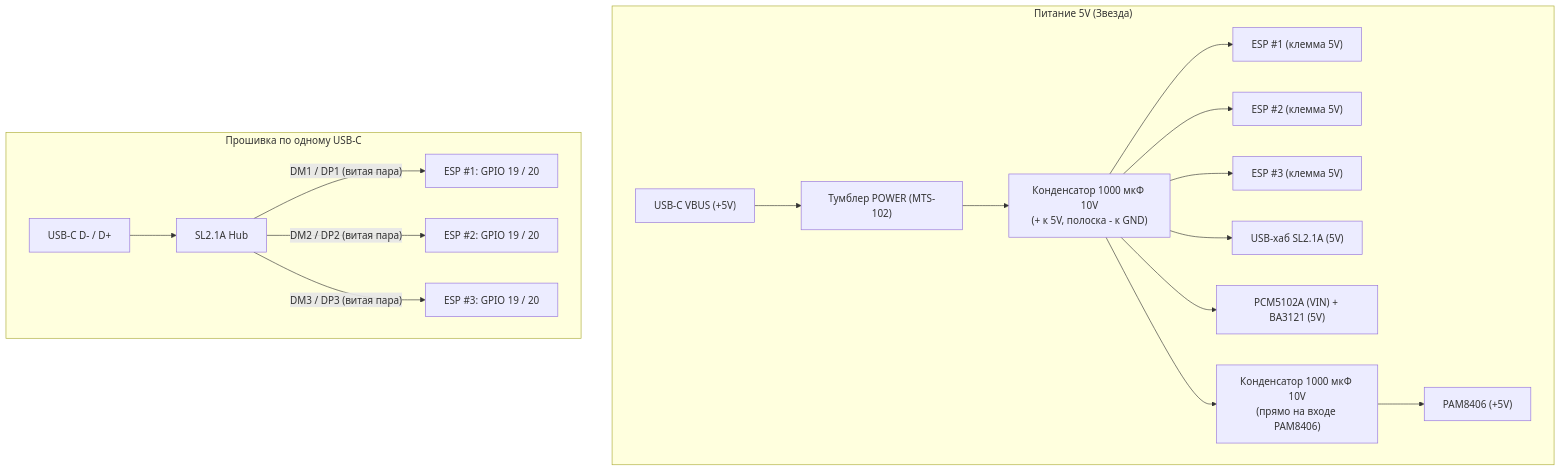
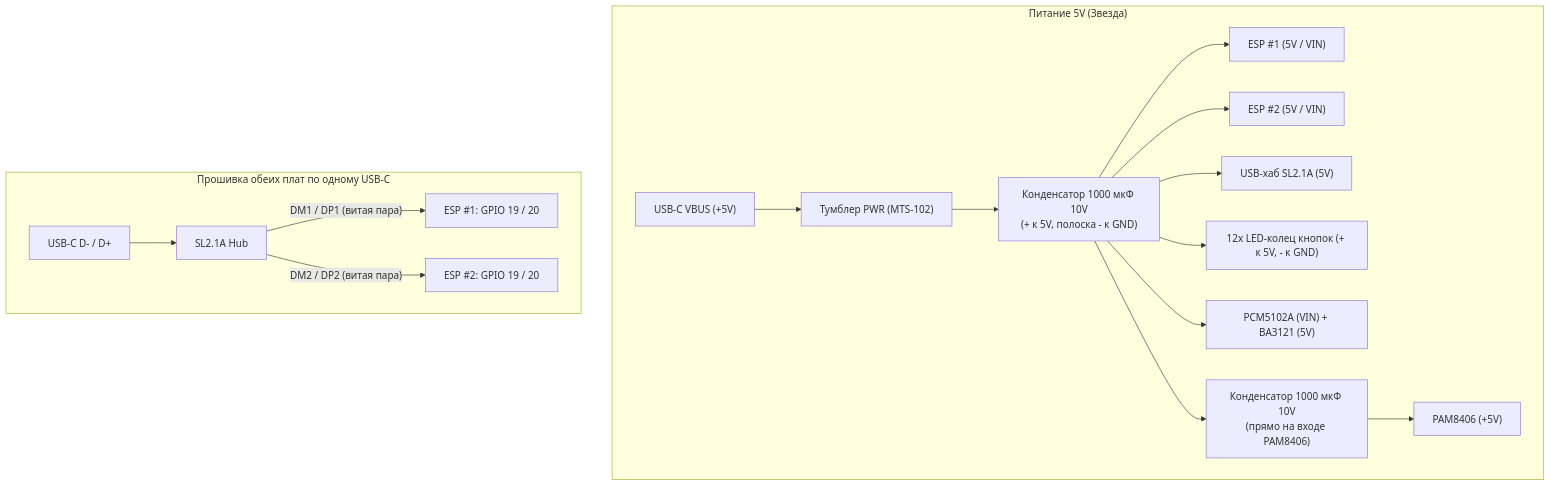
Before and after one commit to onceuponoleg/CyberDeckSynth: the first of 3 diagrams in docs/WIRING_AND_PINOUT.md, drawn with Mermaid. The commit also changed other lines of this file, not shown here.

````diff
--- a/docs/WIRING_AND_PINOUT.md
+++ b/docs/WIRING_AND_PINOUT.md
@@ -49,20 +62,19 @@
 ```mermaid
 flowchart TB
     subgraph POWER["Питание 5V (Звезда)"]
-        USBC_V["USB-C VBUS (+5V)"] --> SW_P["Тумблер POWER (MTS-102)"]
+        USBC_V["USB-C VBUS (+5V)"] --> SW_P["Тумблер PWR (MTS-102)"]
         SW_P --> C1["Конденсатор 1000 мкФ 10V<br/>(+ к 5V, полоска - к GND)"]
-        C1 --> P_E1["ESP #1 (клемма 5V)"]
-        C1 --> P_E2["ESP #2 (клемма 5V)"]
-        C1 --> P_E3["ESP #3 (клемма 5V)"]
+        C1 --> P_E1["ESP #1 (5V / VIN)"]
+        C1 --> P_E2["ESP #2 (5V / VIN)"]
         C1 --> P_HUB["USB-хаб SL2.1A (5V)"]
+        C1 --> P_LEDS["12x LED-колец кнопок (+ к 5V, - к GND)"]
         C1 --> P_DAC["PCM5102A (VIN) + BA3121 (5V)"]
         C1 --> C2["Конденсатор 1000 мкФ 10V<br/>(прямо на входе PAM8406)"] --> P_AMP["PAM8406 (+5V)"]
     end
 
-    subgraph USB["Прошивка по одному USB-C"]
+    subgraph USB["Прошивка обеих плат по одному USB-C"]
         USBC_D["USB-C D- / D+"] --> HUB["SL2.1A Hub"]
         HUB -->|"DM1 / DP1 (витая пара)"| U1["ESP #1: GPIO 19 / 20"]
         HUB -->|"DM2 / DP2 (витая пара)"| U2["ESP #2: GPIO 19 / 20"]
-        HUB -->|"DM3 / DP3 (витая пара)"| U3["ESP #3: GPIO 19 / 20"]
     end
 ```
````
